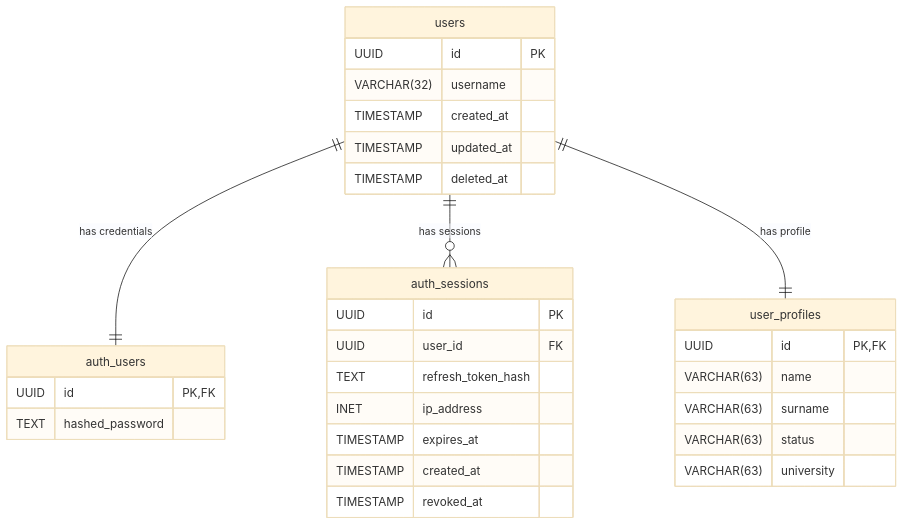
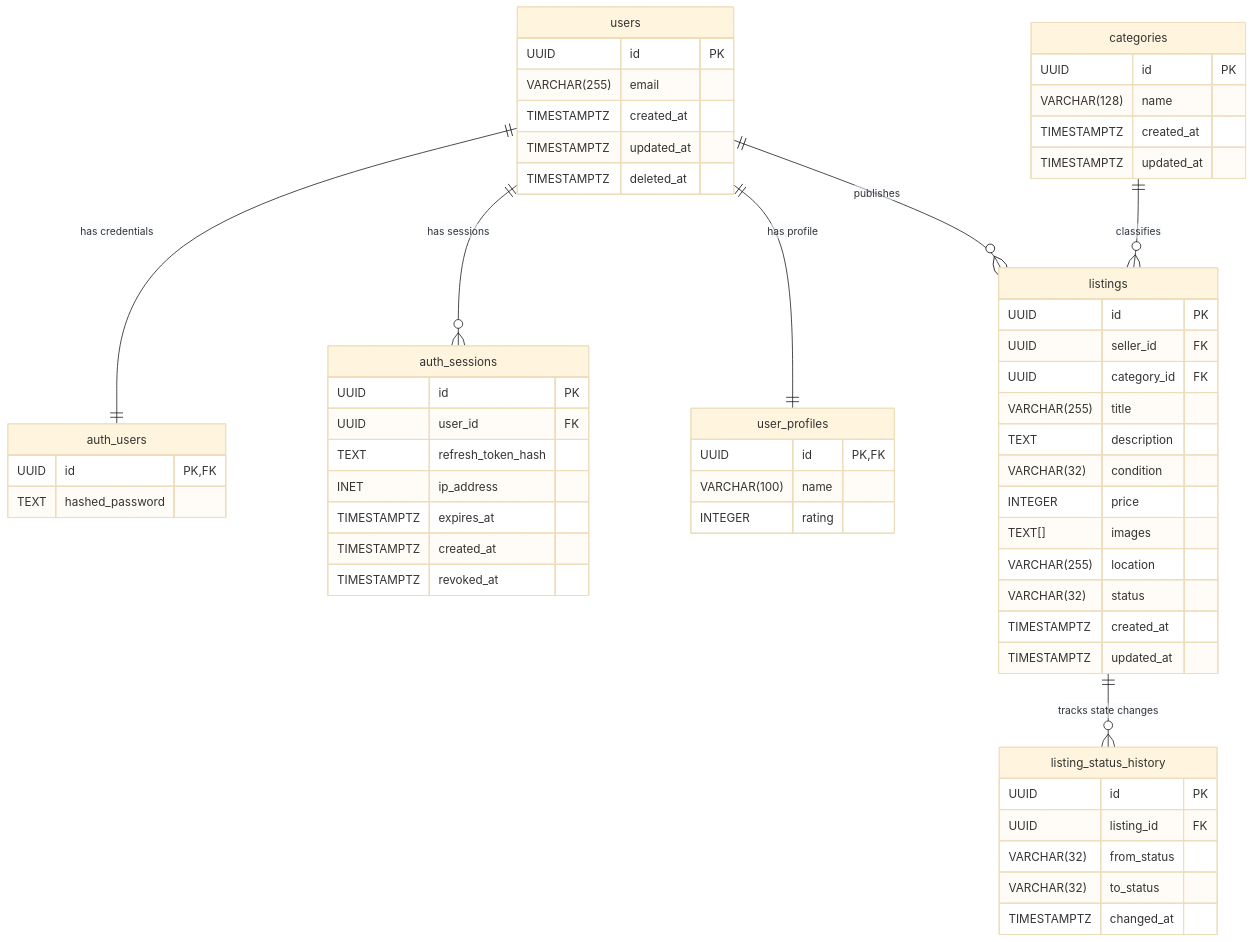
One commit to Moviles-ISIS3510-S4-G44/backend changed the diagram in docs/schema/schema.mmd. Above: the diagram before and after it, drawn with Mermaid (base theme). The commit also changed 3 other files, not shown here.

First line of the commit message:
fix: align alembic config migration and ER docs with current entities

```diff
--- a/docs/schema/schema.mmd
+++ b/docs/schema/schema.mmd
@@ -1,36 +1,67 @@
 erDiagram
 
     users {
         UUID id PK
-        VARCHAR(32) username
-        TIMESTAMP created_at
-        TIMESTAMP updated_at
-        TIMESTAMP deleted_at
+        VARCHAR(255) email
+        TIMESTAMPTZ created_at
+        TIMESTAMPTZ updated_at
+        TIMESTAMPTZ deleted_at
     }
 
     auth_users {
         UUID id PK, FK
         TEXT hashed_password
     }
 
     auth_sessions {
         UUID id PK
         UUID user_id FK
         TEXT refresh_token_hash
         INET ip_address
-        TIMESTAMP expires_at
-        TIMESTAMP created_at
-        TIMESTAMP revoked_at
+        TIMESTAMPTZ expires_at
+        TIMESTAMPTZ created_at
+        TIMESTAMPTZ revoked_at
     }
 
     user_profiles {
         UUID id PK, FK
-        VARCHAR(63) name
-        VARCHAR(63) surname
-        VARCHAR(63) status
-        VARCHAR(63) university
+        VARCHAR(100) name
+        INTEGER rating
+    }
+
+    categories {
+        UUID id PK
+        VARCHAR(128) name
+        TIMESTAMPTZ created_at
+        TIMESTAMPTZ updated_at
+    }
+
+    listings {
+        UUID id PK
+        UUID seller_id FK
+        UUID category_id FK
+        VARCHAR(255) title
+        TEXT description
+        VARCHAR(32) condition
+        INTEGER price
+        TEXT[] images
+        VARCHAR(255) location
+        VARCHAR(32) status
+        TIMESTAMPTZ created_at
+        TIMESTAMPTZ updated_at
+    }
+
+    listing_status_history {
+        UUID id PK
+        UUID listing_id FK
+        VARCHAR(32) from_status
+        VARCHAR(32) to_status
+        TIMESTAMPTZ changed_at
     }
 
     users ||--|| auth_users : "has credentials"
     users ||--o{ auth_sessions : "has sessions"
     users ||--|| user_profiles : "has profile"
+    users ||--o{ listings : "publishes"
+    categories ||--o{ listings : "classifies"
+    listings ||--o{ listing_status_history : "tracks state changes"
```
